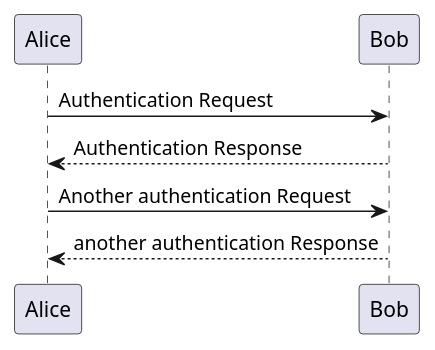
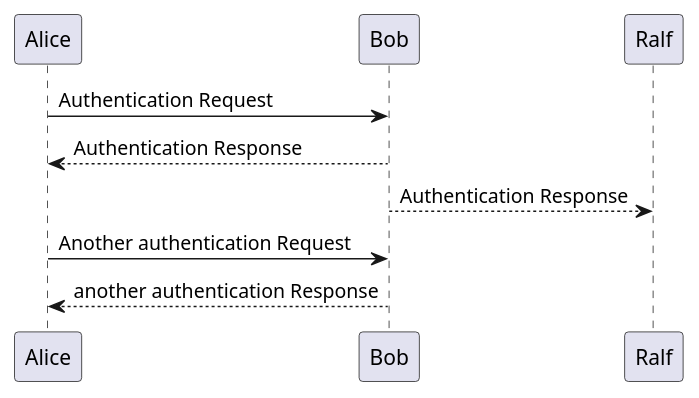
One commit to rk3/web changed the first of 2 diagrams in _posts/2022-12-07-PlantUMLJekyllTest.md. Above: the diagram before and after it, drawn with PlantUML.

Commit message:
PnateUML gen Test

```diff
--- a/_posts/2022-12-07-PlantUMLJekyllTest.md
+++ b/_posts/2022-12-07-PlantUMLJekyllTest.md
@@ -16,7 +16,8 @@
 {% plantuml %}
 Alice -> Bob: Authentication Request
 Bob --> Alice: Authentication Response
+Bob --> Ralf: Authentication Response
 
 Alice -> Bob: Another authentication Request
 Alice <-- Bob: another authentication Response
 {% endplantuml %}
```
